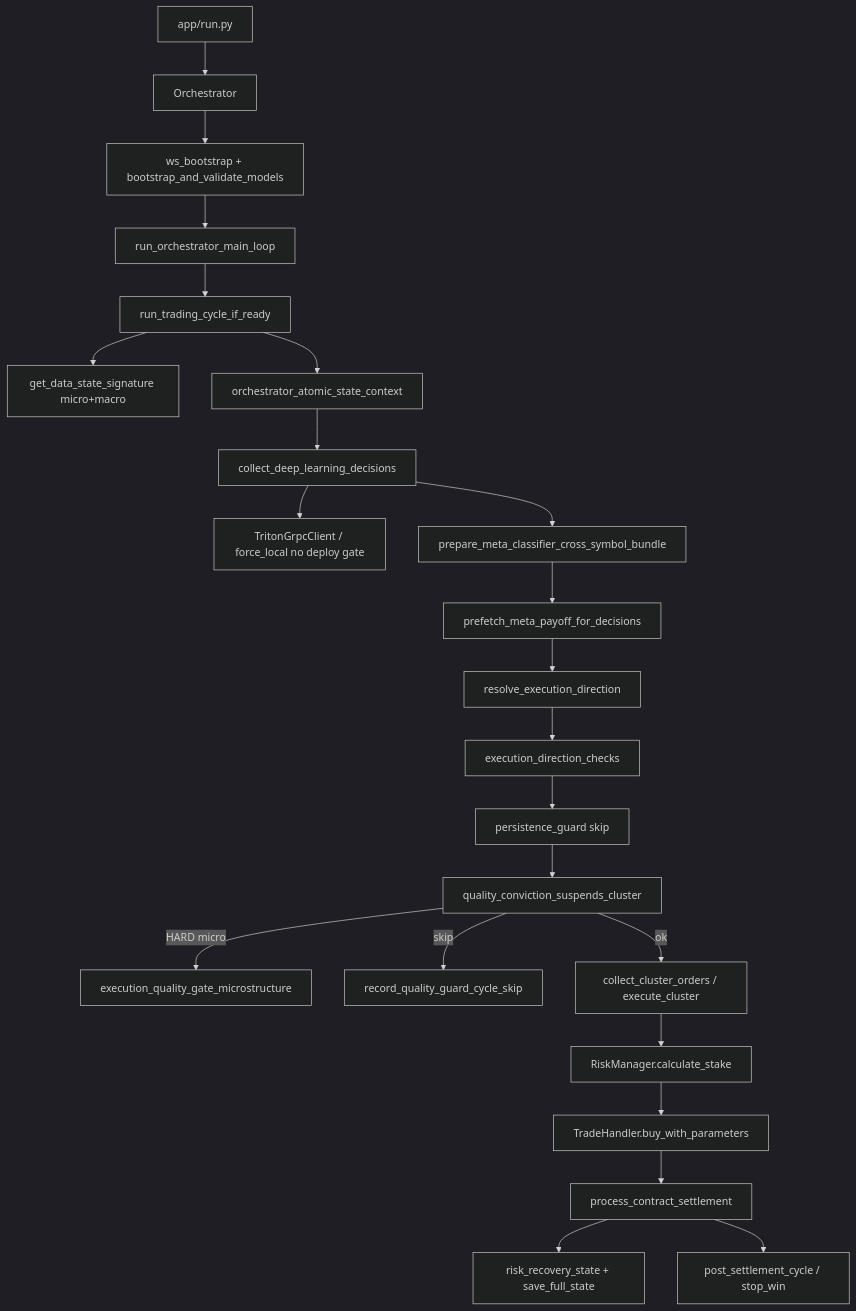
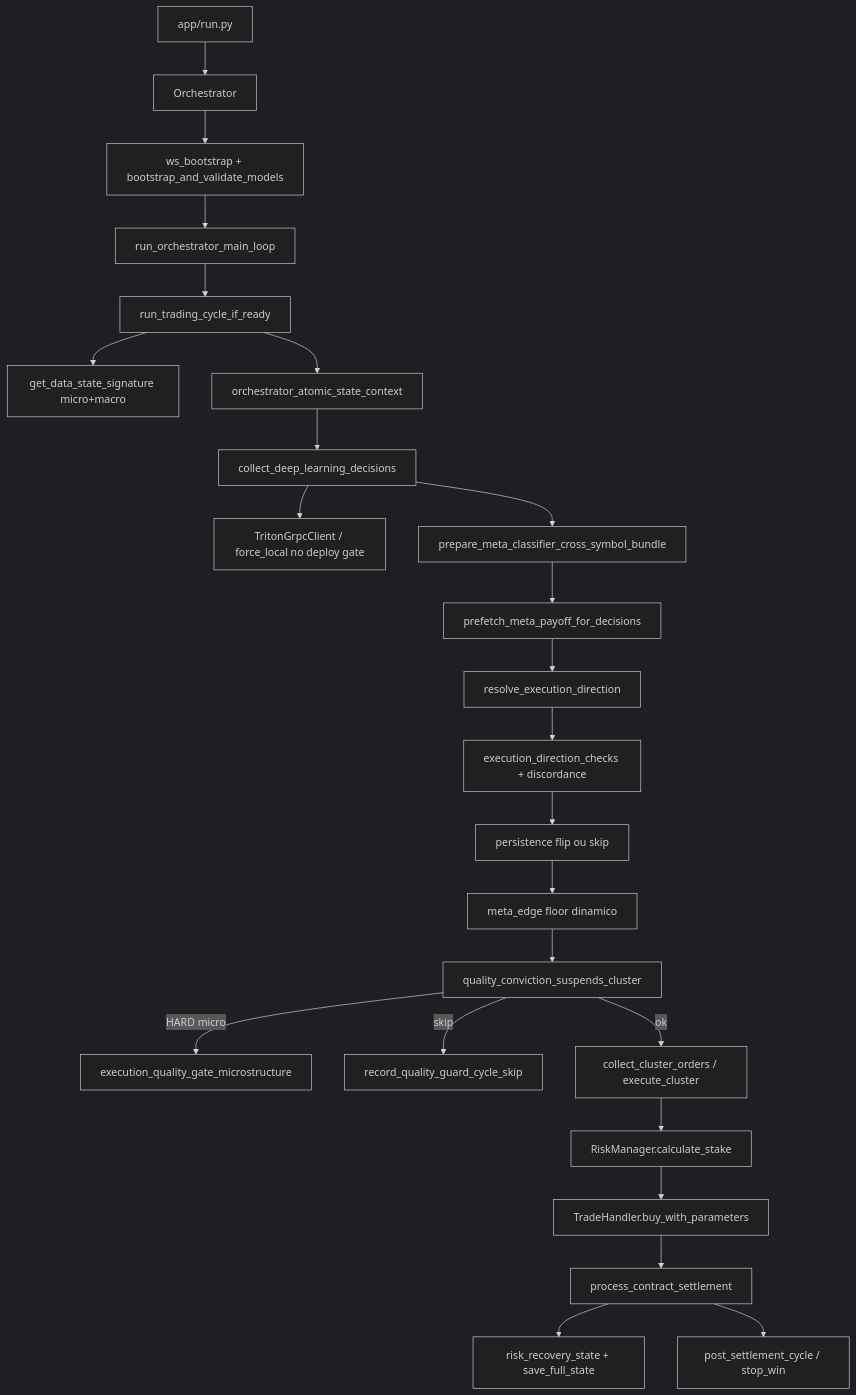
The first of 3 diagrams in docs/arquitetura.md (victorh-silveira/aether-quantum-engine), drawn with Mermaid (dark theme) before and after one commit. The commit also changed other lines of this file and 100 other files, not shown here.

````diff
--- a/docs/arquitetura.md
+++ b/docs/arquitetura.md
@@ -77,25 +77,26 @@
 ```mermaid
 flowchart TD
   RUN[app/run.py] --> ORCH[Orchestrator]
   ORCH --> BOOT[ws_bootstrap + bootstrap_and_validate_models]
   BOOT --> LOOP[run_orchestrator_main_loop]
   LOOP --> TC[run_trading_cycle_if_ready]
   TC --> SIG[get_data_state_signature micro+macro]
   TC --> LOCK[orchestrator_atomic_state_context]
   LOCK --> DL[collect_deep_learning_decisions]
   DL --> TRI[TritonGrpcClient / force_local no deploy gate]
   DL --> BUNDLE[prepare_meta_classifier_cross_symbol_bundle]
   BUNDLE --> META[prefetch_meta_payoff_for_decisions]
   META --> RES[resolve_execution_direction]
-  RES --> CHK[execution_direction_checks]
-  CHK --> ATL[persistence_guard skip]
-  ATL --> QG[quality_conviction_suspends_cluster]
+  RES --> CHK[execution_direction_checks + discordance]
+  CHK --> PSIST[persistence flip ou skip]
+  PSIST --> EDGE[meta_edge floor dinamico]
+  EDGE --> QG[quality_conviction_suspends_cluster]
   QG -->|HARD micro| MICRO[execution_quality_gate_microstructure]
   QG -->|skip| STV[record_quality_guard_cycle_skip]
   QG -->|ok| COL[collect_cluster_orders / execute_cluster]
   COL --> RM[RiskManager.calculate_stake]
   RM --> TH[TradeHandler.buy_with_parameters]
   TH --> SET[process_contract_settlement]
   SET --> RSC[risk_recovery_state + save_full_state]
   SET --> PSC[post_settlement_cycle / stop_win]
 ```
````
